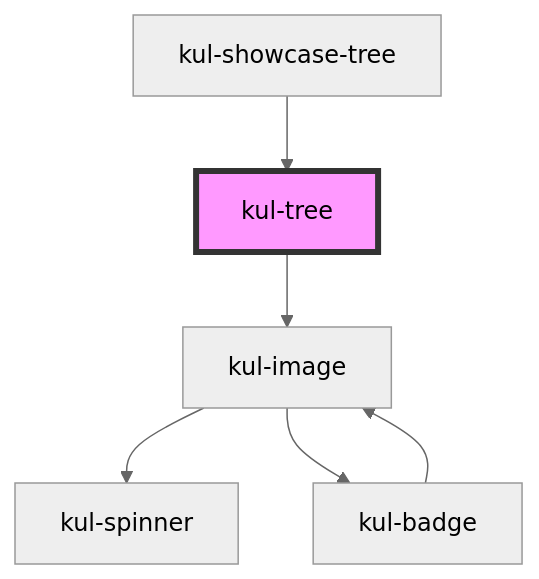
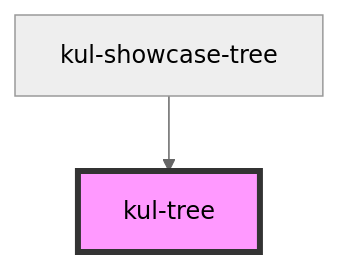
One commit to smeup/ketchup changed the diagram in packages/ketchup-lite/src/components/kul-tree/readme.md. Above: the diagram before and after it, drawn with Mermaid (neutral theme). The commit also changed other lines of this file and 3 other files, not shown here.

````diff
--- a/packages/ketchup-lite/src/components/kul-tree/readme.md
+++ b/packages/ketchup-lite/src/components/kul-tree/readme.md
@@ -87,9 +92,5 @@
 ```mermaid
 graph TD;
-  kul-tree --> kul-image
-  kul-image --> kul-spinner
-  kul-image --> kul-badge
-  kul-badge --> kul-image
   kul-showcase-tree --> kul-tree
   style kul-tree fill:#f9f,stroke:#333,stroke-width:4px
 ```
````
